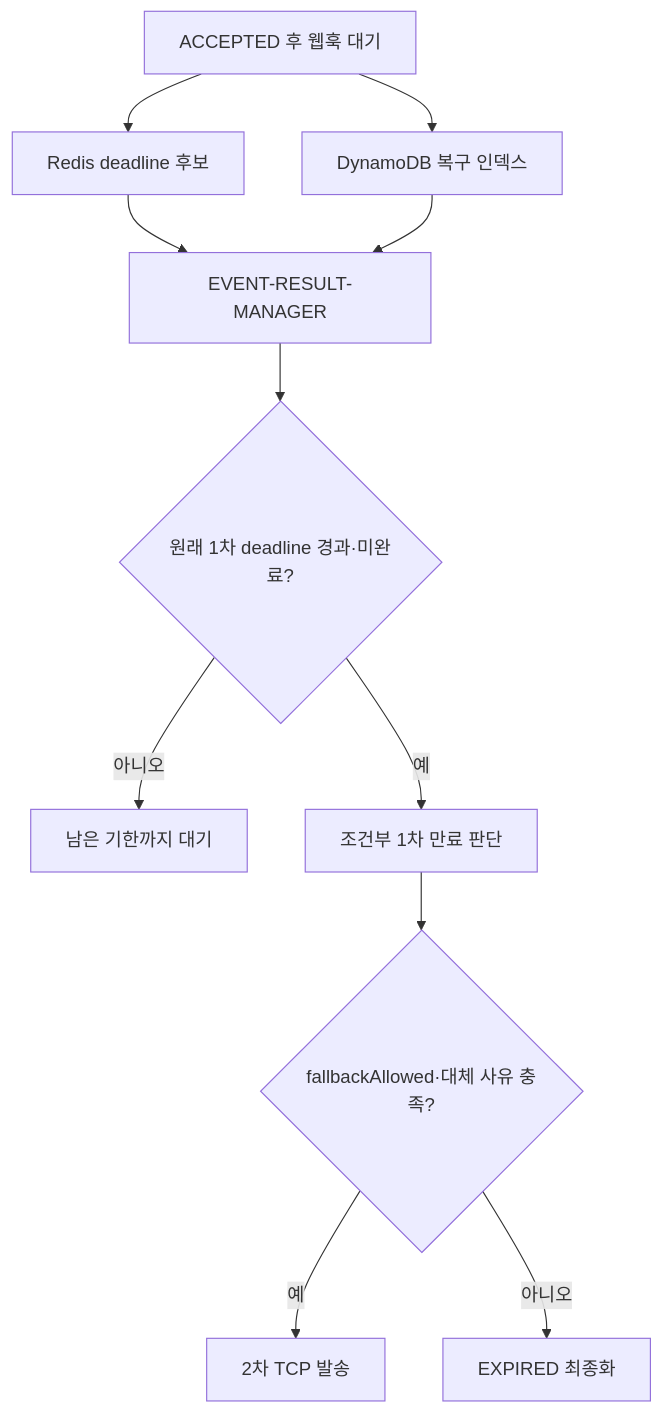
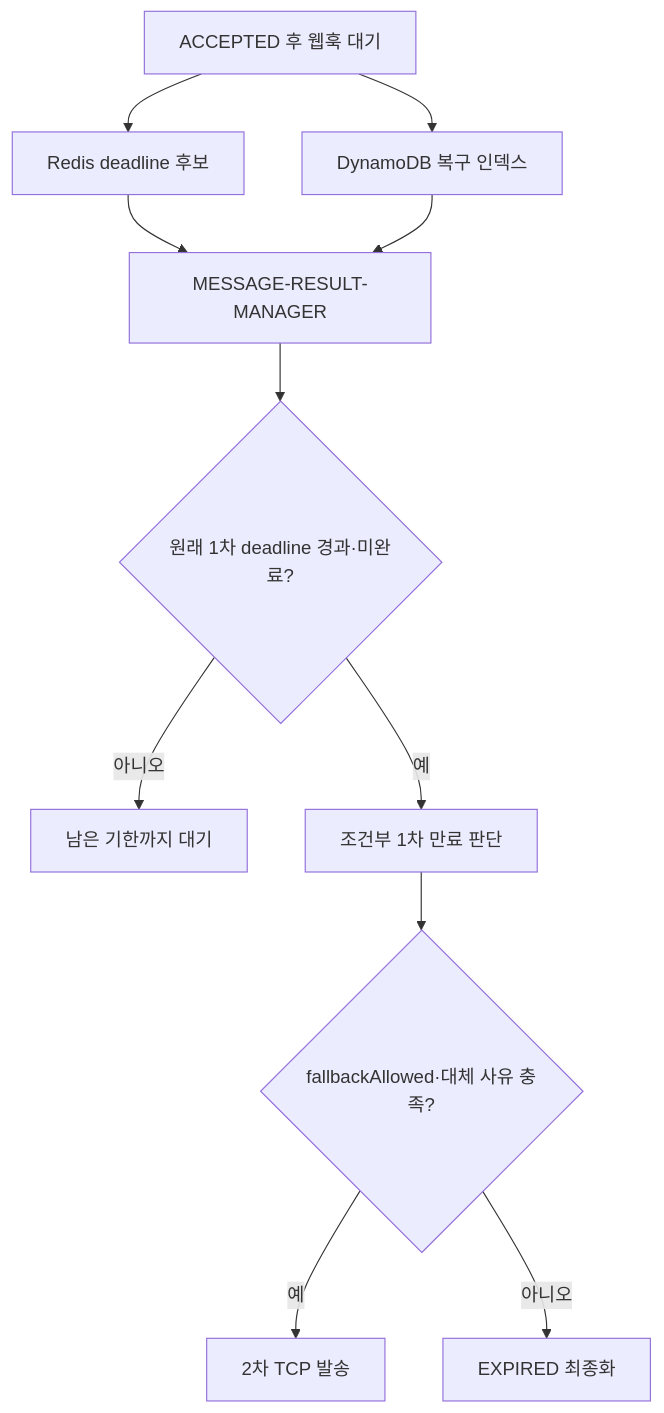
One commit to hyun-seung/High-throughput-event-platform changed the eighth of 10 diagrams in docs/53-신규-메시지-케이스별-Call-Flow.md. Above: the diagram before and after it, drawn with Mermaid. The commit also changed other lines of this file and 16 other files, not shown here.

````diff
--- a/docs/53-신규-메시지-케이스별-Call-Flow.md
+++ b/docs/53-신규-메시지-케이스별-Call-Flow.md
@@ -261,13 +261,13 @@
 ```mermaid
 flowchart TD
     A[ACCEPTED 후 웹훅 대기] --> R[Redis deadline 후보]
     A --> G[DynamoDB 복구 인덱스]
-    R --> M[EVENT-RESULT-MANAGER]
+    R --> M[MESSAGE-RESULT-MANAGER]
     G --> M
     M --> D{원래 1차 deadline 경과·미완료?}
     D -->|아니오| W[남은 기한까지 대기]
     D -->|예| C[조건부 1차 만료 판단]
     C --> F{fallbackAllowed·대체 사유 충족?}
     F -->|예| T[2차 TCP 발송]
     F -->|아니오| E[EXPIRED 최종화]
 ```
````
